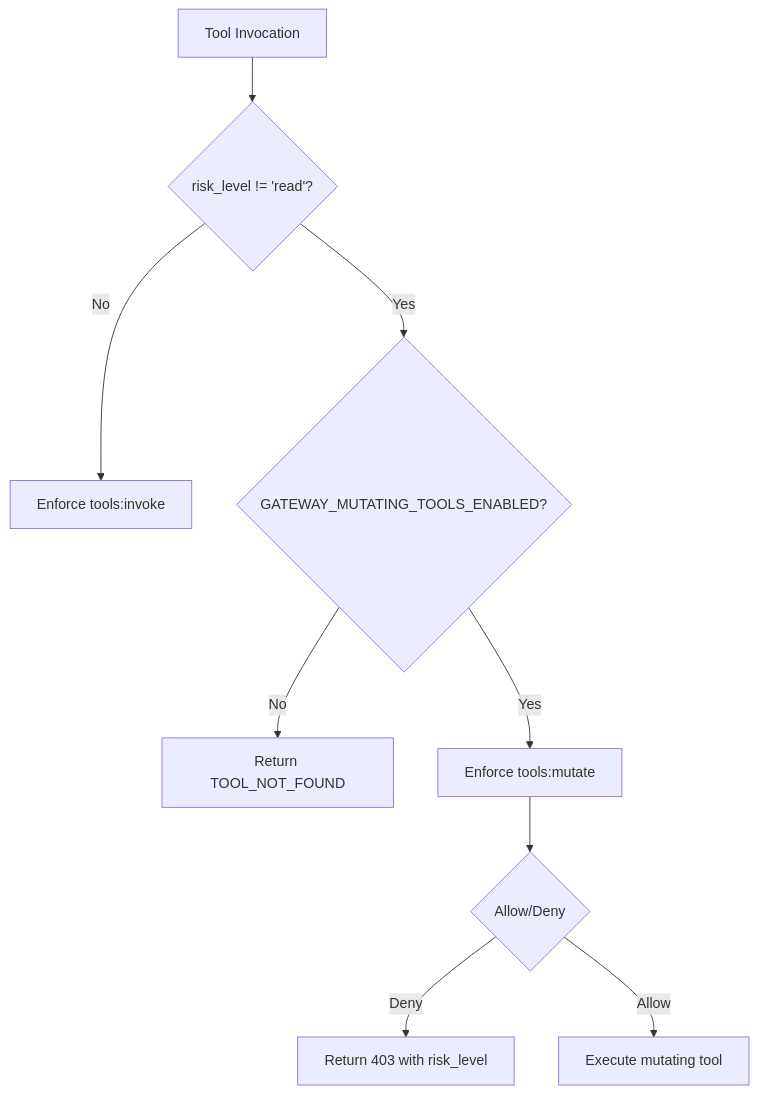
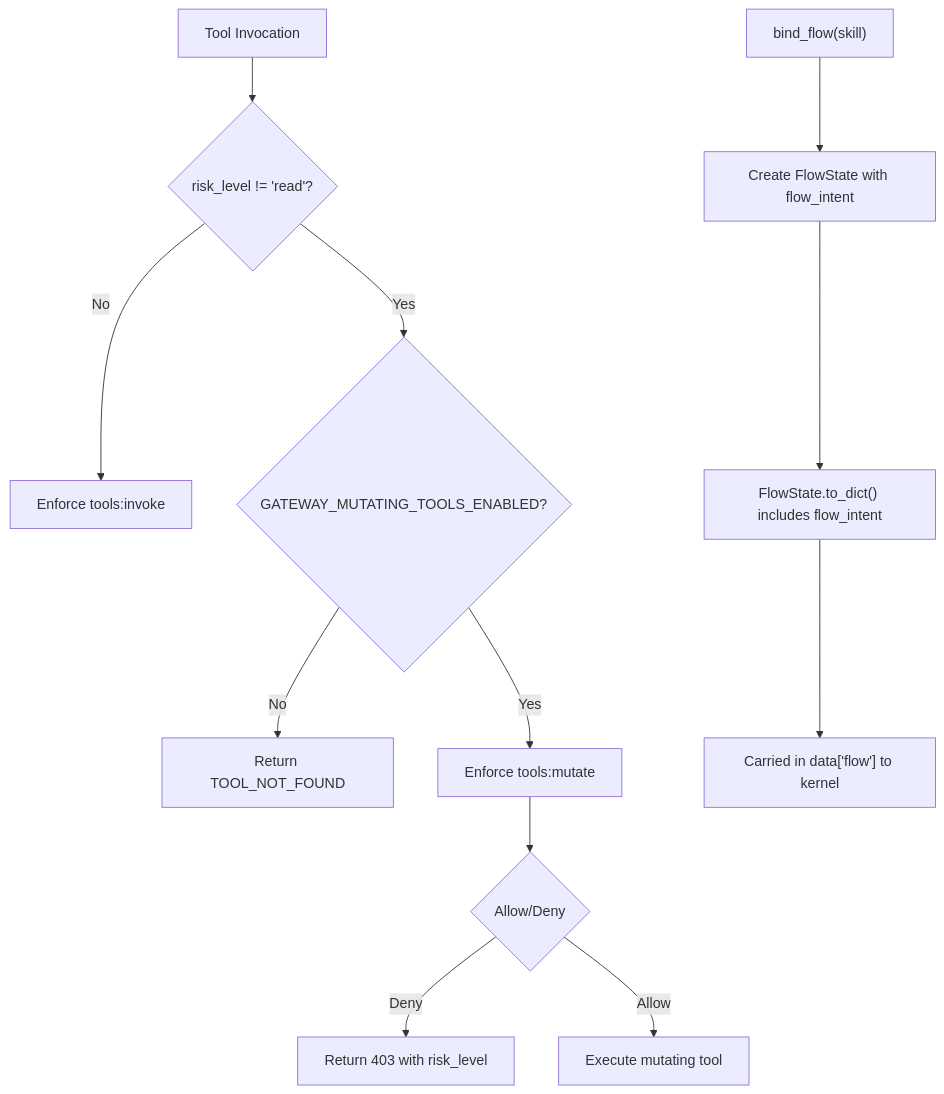
Before and after one commit to metasync/luban-aiops: diagram 12 of 14 in .qoder/repowiki/en/content/Agent Platform Service/HITL Confirmation Bridging (SPEC-020).md, drawn with Mermaid. The commit also changed other lines of this file and 7 other files, not shown here.

````diff
--- a/.qoder/repowiki/en/content/Agent Platform Service/HITL Confirmation Bridging (SPEC-020).md
+++ b/.qoder/repowiki/en/content/Agent Platform Service/HITL Confirmation Bridging (SPEC-020).md
@@ -566,11 +670,14 @@
 ```mermaid
 flowchart TD
 Invoke["Tool Invocation"] --> CheckRisk{"risk_level != 'read'?"}
 CheckRisk -- No --> InvokeRead["Enforce tools:invoke"]
 CheckRisk -- Yes --> CheckGate{"GATEWAY_MUTATING_TOOLS_ENABLED?"}
 CheckGate -- No --> ToolNotFound["Return TOOL_NOT_FOUND"]
 CheckGate -- Yes --> EnforceMutate["Enforce tools:mutate"]
 EnforceMutate --> Decision{"Allow/Deny"}
 Decision -- Deny --> Return403["Return 403 with risk_level"]
 Decision -- Allow --> ExecuteTool["Execute mutating tool"]
+BindFlow["bind_flow(skill)"] --> CreateFlowState["Create FlowState with flow_intent"]
+CreateFlowState --> ToDict["FlowState.to_dict() includes flow_intent"]
+ToDict --> KernelFrame["Carried in data['flow'] to kernel"]
 ```
````
